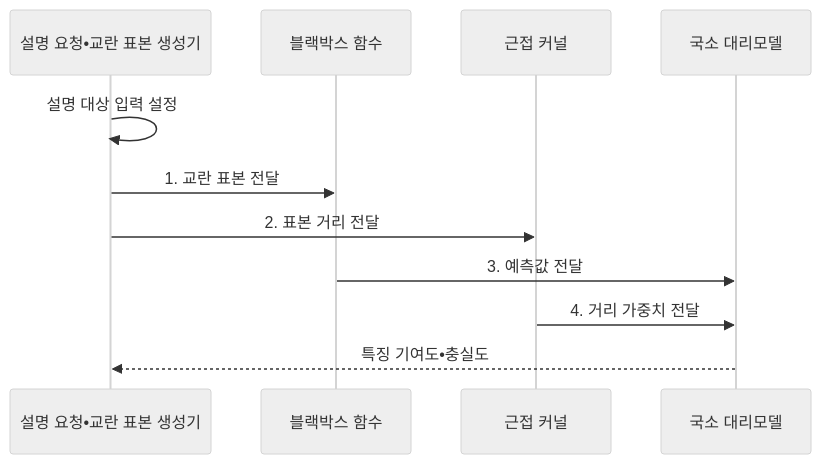
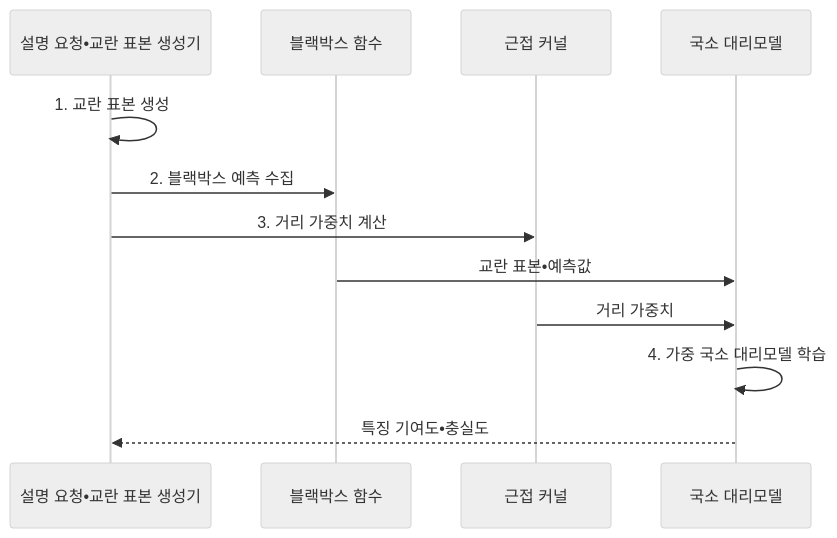
The second of 2 diagrams in src/content/docs/notes/08-latest-tech/105_lime.md (agnusdei1207/knowledge-base), drawn with Mermaid (neutral theme) before and after one commit. The commit also changed other lines of this file and 15 other files, not shown here.

````diff
--- a/src/content/docs/notes/08-latest-tech/105_lime.md
+++ b/src/content/docs/notes/08-latest-tech/105_lime.md
@@ -102,13 +102,14 @@
 ```mermaid
 sequenceDiagram
     participant P as 설명 요청•교란 표본 생성기
     participant B as 블랙박스 함수
     participant K as 근접 커널
     participant L as 국소 대리모델
-    P->>P: 설명 대상 입력 설정
-    P->>B: 1. 교란 표본 전달
-    P->>K: 2. 표본 거리 전달
-    B->>L: 3. 예측값 전달
-    K->>L: 4. 거리 가중치 전달
+    P->>P: 1. 교란 표본 생성
+    P->>B: 2. 블랙박스 예측 수집
+    P->>K: 3. 거리 가중치 계산
+    B->>L: 교란 표본•예측값
+    K->>L: 거리 가중치
+    L->>L: 4. 가중 국소 대리모델 학습
     L-->>P: 특징 기여도•충실도
 ```
````
